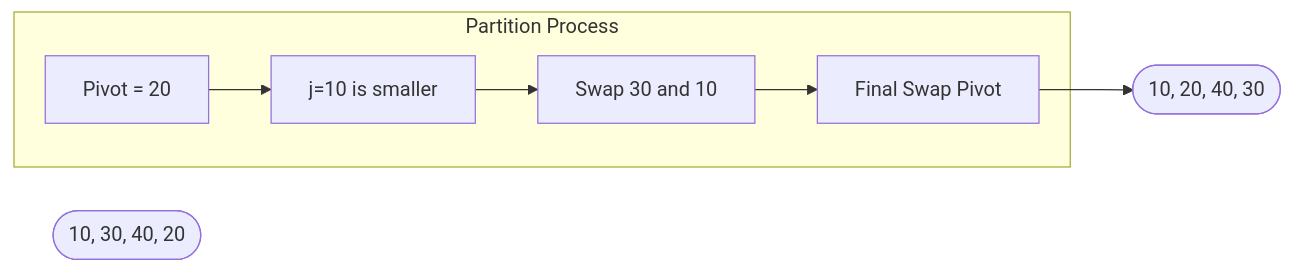
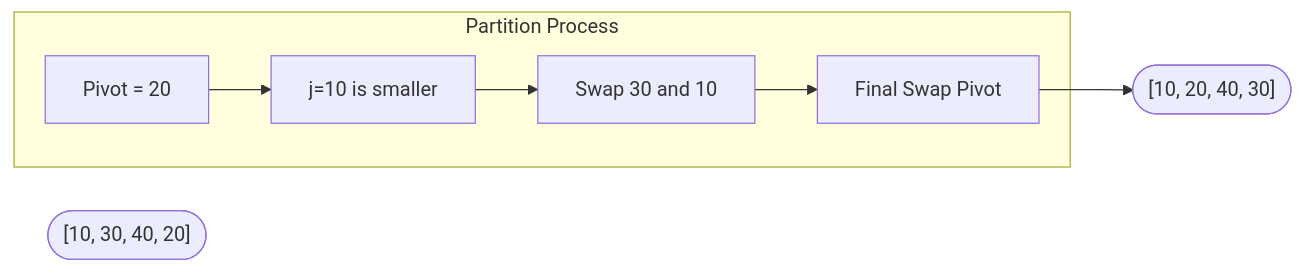
Before and after one commit to Asad101001/DSA-3rdSemester-Labs: the third of 4 diagrams in Past Papers/FINAL_EXAM_GUIDE.md, drawn with Mermaid. The commit also changed other lines of this file, not shown here.

Commit message:
fix: resolve mermaid diagram parsing issues by quoting node labels and formatting subgraphs

````diff
--- a/Past Papers/FINAL_EXAM_GUIDE.md
+++ b/Past Papers/FINAL_EXAM_GUIDE.md
@@ -129,10 +129,10 @@
 ```mermaid
 flowchart LR
-    Start([10, 30, 40, 20])
-    subgraph Partition Process
-    P1[Pivot = 20] --> S1[j=10 is smaller]
-    S1 --> Sw1[Swap 30 and 10]
-    Sw1 --> P2[Final Swap Pivot]
+    Start(["[10, 30, 40, 20]"])
+    subgraph Partition_Process [Partition Process]
+    P1["Pivot = 20"] --> S1["j=10 is smaller"]
+    S1 --> Sw1["Swap 30 and 10"]
+    Sw1 --> P2["Final Swap Pivot"]
     end
-    P2 --> Final([10, 20, 40, 30])
+    P2 --> Final(["[10, 20, 40, 30]"])
 ```
````
